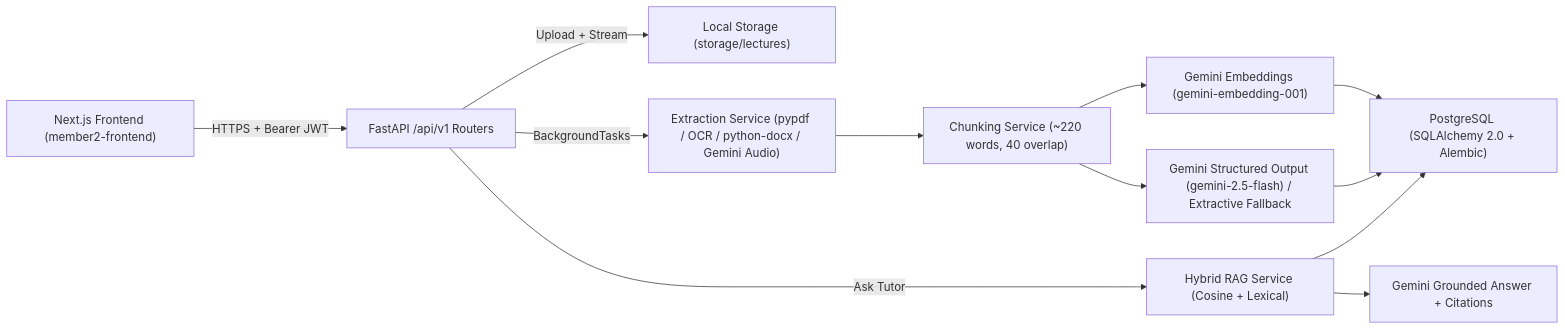
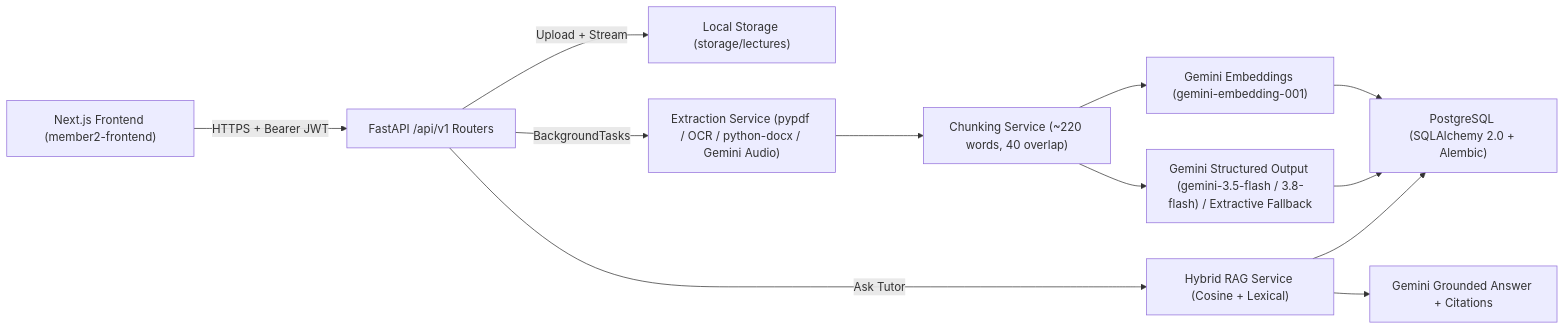
The diagram in docs/ARCHITECTURE.md (Sarnava-hue/lecture-to-life), drawn with Mermaid before and after one commit. The commit also changed 6 other files, not shown here.

Commit message:
Use live Gemini 3.5/3.8-flash fallback models and isolate pytest from .env API keys

````diff
--- a/docs/ARCHITECTURE.md
+++ b/docs/ARCHITECTURE.md
@@ -5,14 +5,14 @@
 ```mermaid
 flowchart LR
     UI["Next.js Frontend (member2-frontend)"] -->|HTTPS + Bearer JWT| API["FastAPI /api/v1 Routers"]
     API -->|Upload + Stream| Storage["Local Storage (storage/lectures)"]
     API -->|BackgroundTasks| Extract["Extraction Service (pypdf / OCR / python-docx / Gemini Audio)"]
     Extract --> Chunk["Chunking Service (~220 words, 40 overlap)"]
     Chunk --> Embed["Gemini Embeddings (gemini-embedding-001)"]
-    Chunk --> Bundle["Gemini Structured Output (gemini-2.5-flash) / Extractive Fallback"]
+    Chunk --> Bundle["Gemini Structured Output (gemini-3.5-flash / 3.8-flash) / Extractive Fallback"]
     Embed --> DB["PostgreSQL (SQLAlchemy 2.0 + Alembic)"]
     Bundle --> DB
     API -->|Ask Tutor| RAG["Hybrid RAG Service (Cosine + Lexical)"]
     RAG --> DB
     RAG --> GeminiAns["Gemini Grounded Answer + Citations"]
 ```
````
